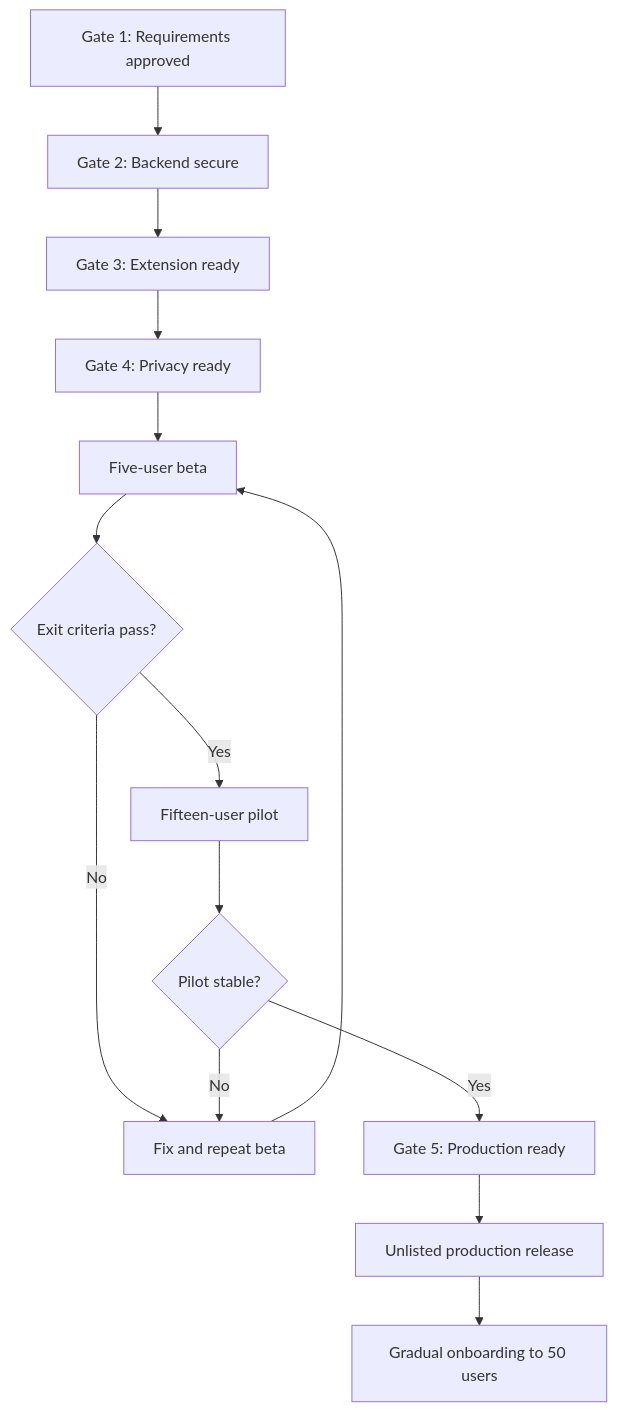
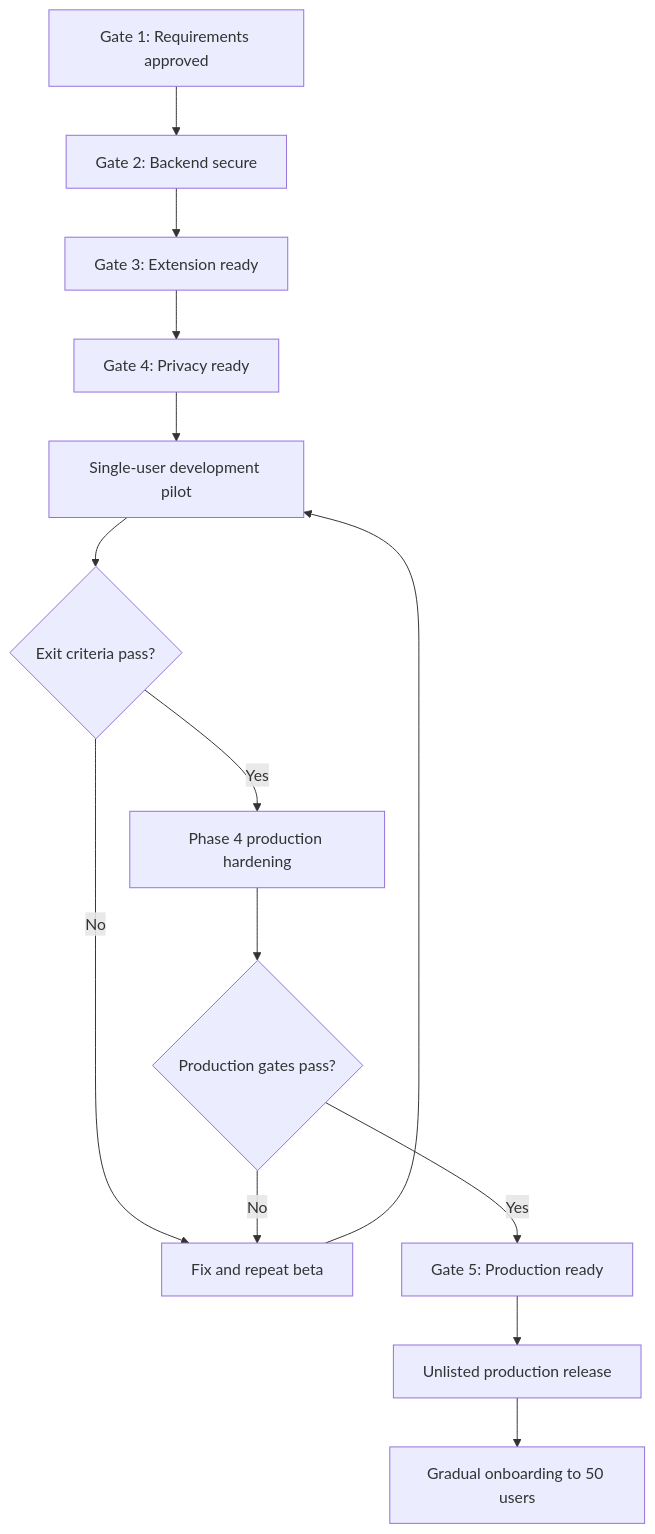
One commit to vasantsinghraji-byte/CLAIM-EXTENSION changed diagram 16 of 17 in BLUEPRINT.md. Above: the diagram before and after it, drawn with Mermaid. The commit also changed other lines of this file and 25 other files, not shown here.

Commit message:
fix(auth): recover onboarding and close single-user pilot

````diff
--- a/BLUEPRINT.md
+++ b/BLUEPRINT.md
@@ -709,16 +727,16 @@
 ```mermaid
 flowchart TD
     A[Gate 1: Requirements approved] --> B[Gate 2: Backend secure]
     B --> C[Gate 3: Extension ready]
     C --> D[Gate 4: Privacy ready]
-    D --> E[Five-user beta]
+    D --> E[Single-user development pilot]
     E --> F{Exit criteria pass?}
     F -->|No| G[Fix and repeat beta]
     G --> E
-    F -->|Yes| H[Fifteen-user pilot]
-    H --> I{Pilot stable?}
+    F -->|Yes| H[Phase 4 production hardening]
+    H --> I{Production gates pass?}
     I -->|No| G
     I -->|Yes| J[Gate 5: Production ready]
     J --> K[Unlisted production release]
     K --> L[Gradual onboarding to 50 users]
 ```
````
